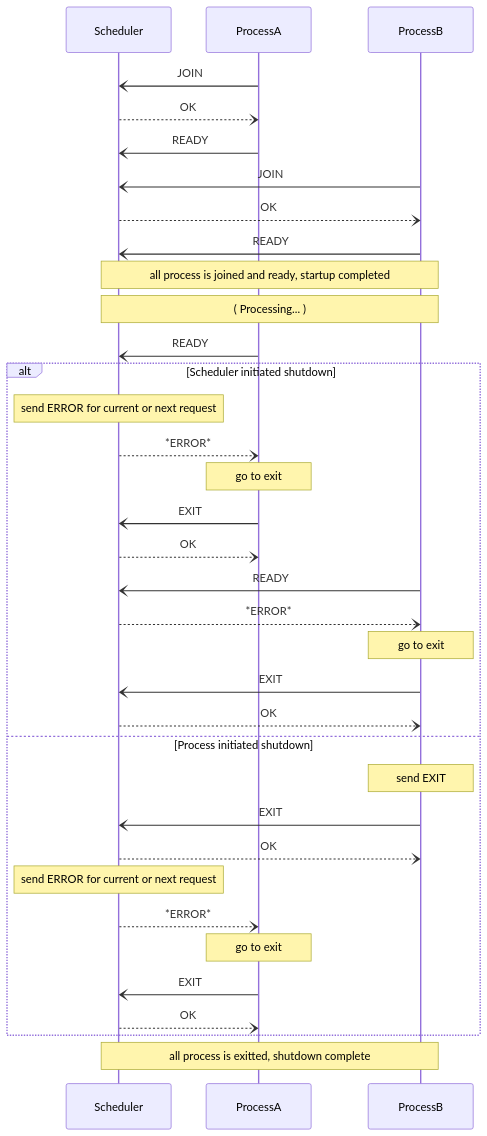
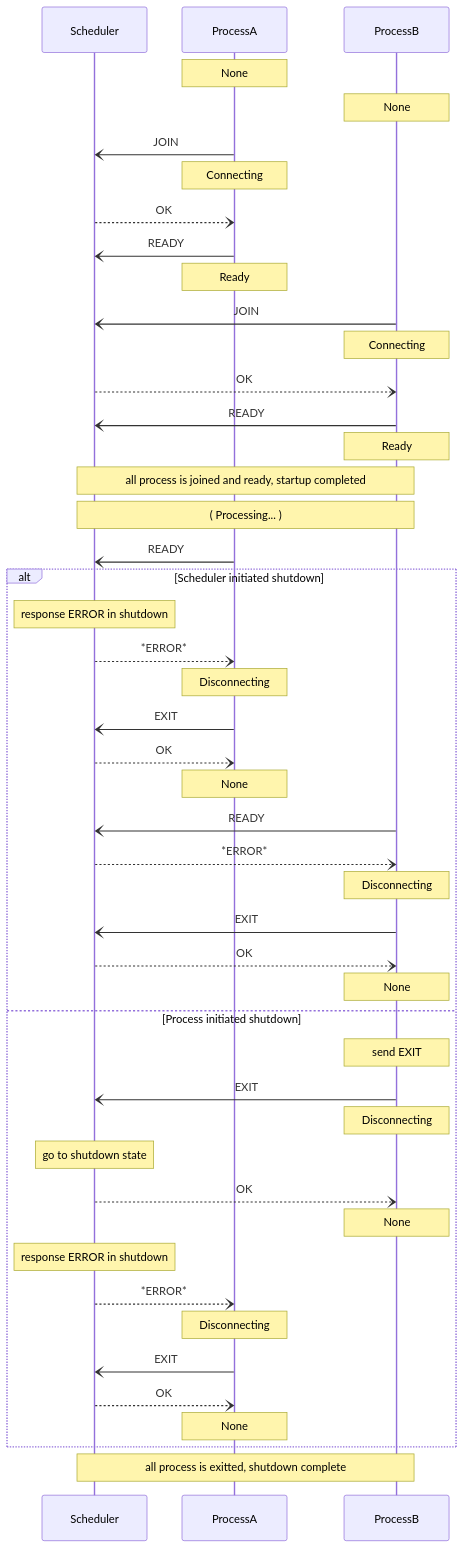
Before and after one commit to nao-kawano/ritsu-scheduler: the first of 2 diagrams in docs/message-sequence.md, drawn with Mermaid. The commit also changed other lines of this file and 2 other files, not shown here.

Commit message:
doc: Clarify state management documentation and ensure diagram consistency

````diff
--- a/docs/message-sequence.md
+++ b/docs/message-sequence.md
@@ -12,45 +12,61 @@
 ```mermaid
 sequenceDiagram
   participant M as Scheduler
   participant A as ProcessA
   participant B as ProcessB
 
+  Note over A: None
+  Note over B: None
+
   A -) M: JOIN
+  Note over A: Connecting
   M --) A: OK
+
   A -) M: READY
+  Note over A: Ready
 
   B -) M: JOIN
+  Note over B: Connecting
   M --) B: OK
+
   B -) M: READY
+  Note over B: Ready
 
   Note over M,B: all process is joined and ready, startup completed
 
   Note over M,B: ( Processing... )
 
-
   A -) M: READY
   alt Scheduler initiated shutdown
-    Note over M: send ERROR for current or next request
+    Note over M: response ERROR in shutdown
     M --) A: *ERROR*
-      Note over A: go to exit
+      Note over A: Disconnecting
     A -) M: EXIT
     M --) A: OK
+      Note over A: None
+    
     B -) M: READY
     M --) B: *ERROR*
-      Note over B: go to exit
+      Note over B: Disconnecting
     B -) M: EXIT
     M --) B: OK
+      Note over B: None
+
   else Process initiated shutdown
     Note over B: send EXIT
     B -) M: EXIT
+      Note over B: Disconnecting
+      Note over M: go to shutdown state
     M --) B: OK
+      Note over B: None
 
-    Note over M: send ERROR for current or next request
+    Note over M: response ERROR in shutdown
     M --) A: *ERROR*
-      Note over A: go to exit
+      Note over A: Disconnecting
     A -) M: EXIT
     M --) A: OK
+      Note over A: None
   end
 
   Note over M,B: all process is exitted, shutdown complete
 ```
````
